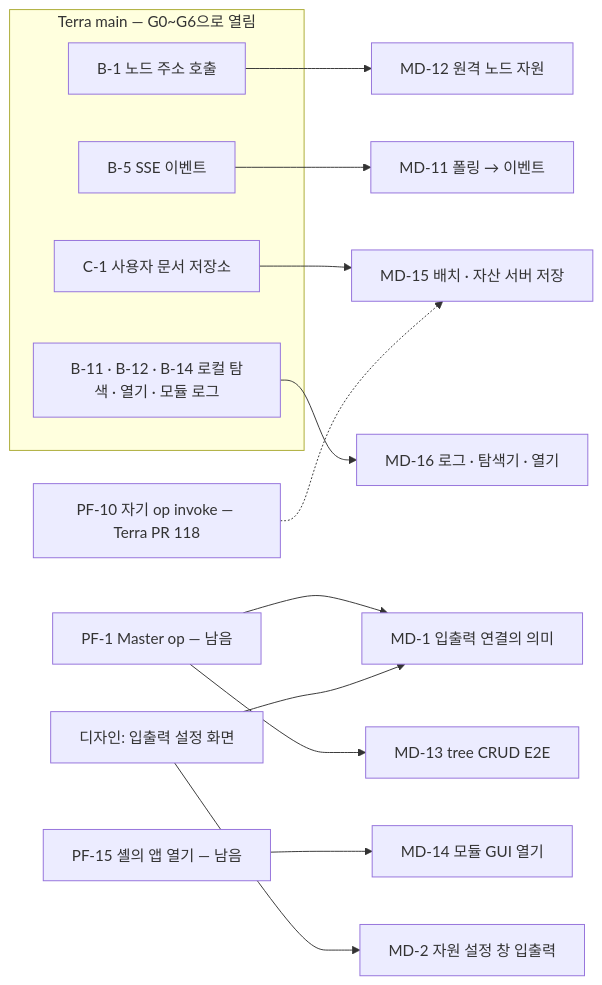
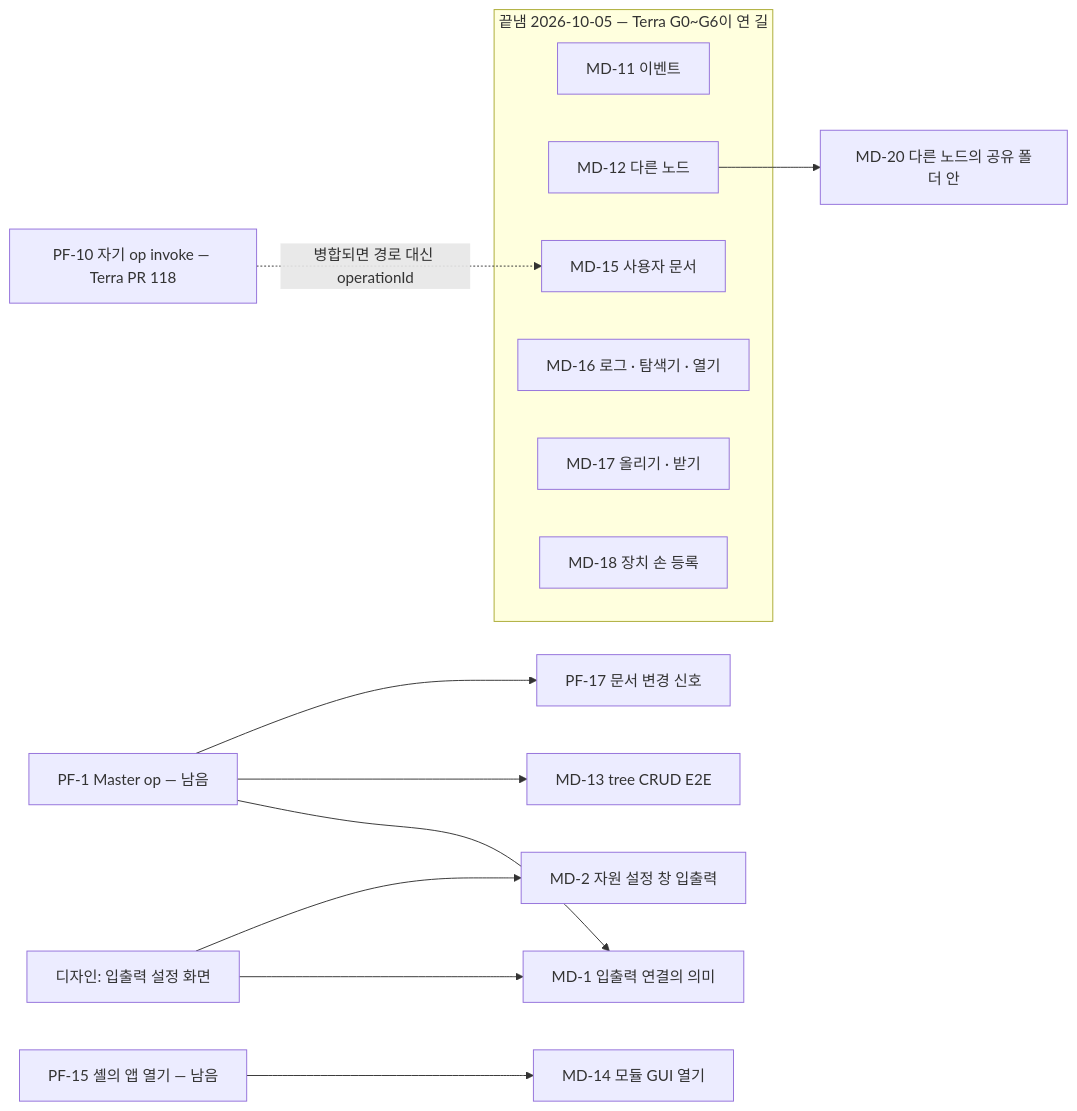
Before and after one commit to StellaxiaLab/modules: the diagram in common/lab.stellaxia.node-gui/web/docs/guides/implementation-backlog.md, drawn with Mermaid. The commit also changed other lines of this file and 11 other files, not shown here.

First line of the commit message:
docs(node-gui): 이벤트 · 다른 노드 · 사용자 문서 · 올리기 · 받기 — 실데이터 층 · 구현해야 할 것 다시 쓰기

````diff
--- a/common/lab.stellaxia.node-gui/web/docs/guides/implementation-backlog.md
+++ b/common/lab.stellaxia.node-gui/web/docs/guides/implementation-backlog.md
@@ -47,19 +49,19 @@
 ```mermaid
 flowchart LR
-  subgraph TG["Terra main — G0~G6으로 열림"]
-    B1["B-1 노드 주소 호출"]
-    B5["B-5 SSE 이벤트"]
-    C1["C-1 사용자 문서 저장소"]
-    B14["B-11 · B-12 · B-14 로컬 탐색 · 열기 · 모듈 로그"]
+  subgraph DONE["끝냄 2026-10-05 — Terra G0~G6이 연 길"]
+    MD11["MD-11 이벤트"]
+    MD12["MD-12 다른 노드"]
+    MD15["MD-15 사용자 문서"]
+    MD16["MD-16 로그 · 탐색기 · 열기"]
+    MD17["MD-17 올리기 · 받기"]
+    MD18["MD-18 장치 손 등록"]
   end
-  B1 --> MD12["MD-12 원격 노드 자원"]
-  B5 --> MD11["MD-11 폴링 → 이벤트"]
-  C1 --> MD15["MD-15 배치 · 자산 서버 저장"]
-  B14 --> MD16["MD-16 로그 · 탐색기 · 열기"]
-  PF10["PF-10 자기 op invoke — Terra PR 118"] -.-> MD15
+  PF10["PF-10 자기 op invoke — Terra PR 118"] -.->|"병합되면 경로 대신 operationId"| MD15
+  MD12 --> MD20["MD-20 다른 노드의 공유 폴더 안"]
   PF1["PF-1 Master op — 남음"] --> MD1["MD-1 입출력 연결의 의미"]
   PF1 --> MD13["MD-13 tree CRUD E2E"]
+  PF1 --> PF17["PF-17 문서 변경 신호"]
   PF15["PF-15 셸의 앱 열기 — 남음"] --> MD14["MD-14 모듈 GUI 열기"]
   DES["디자인: 입출력 설정 화면"] --> MD1
   DES --> MD2["MD-2 자원 설정 창 입출력"]
 ```
````
